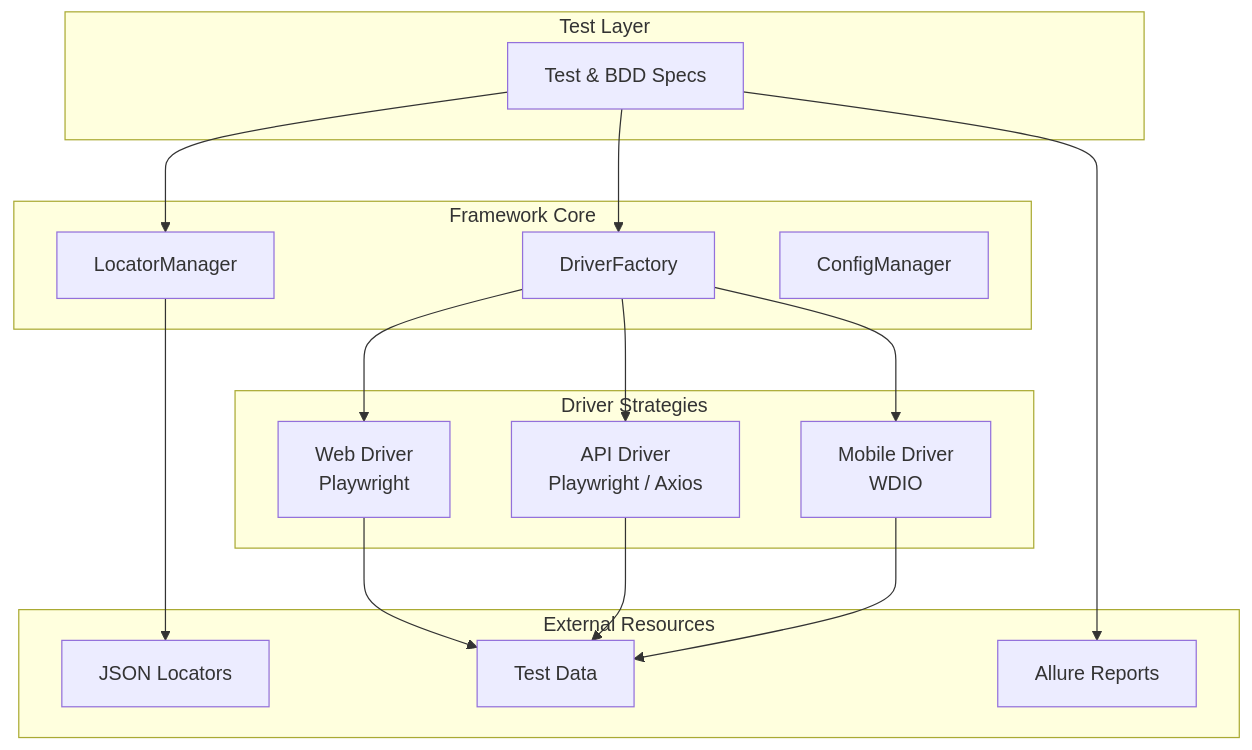
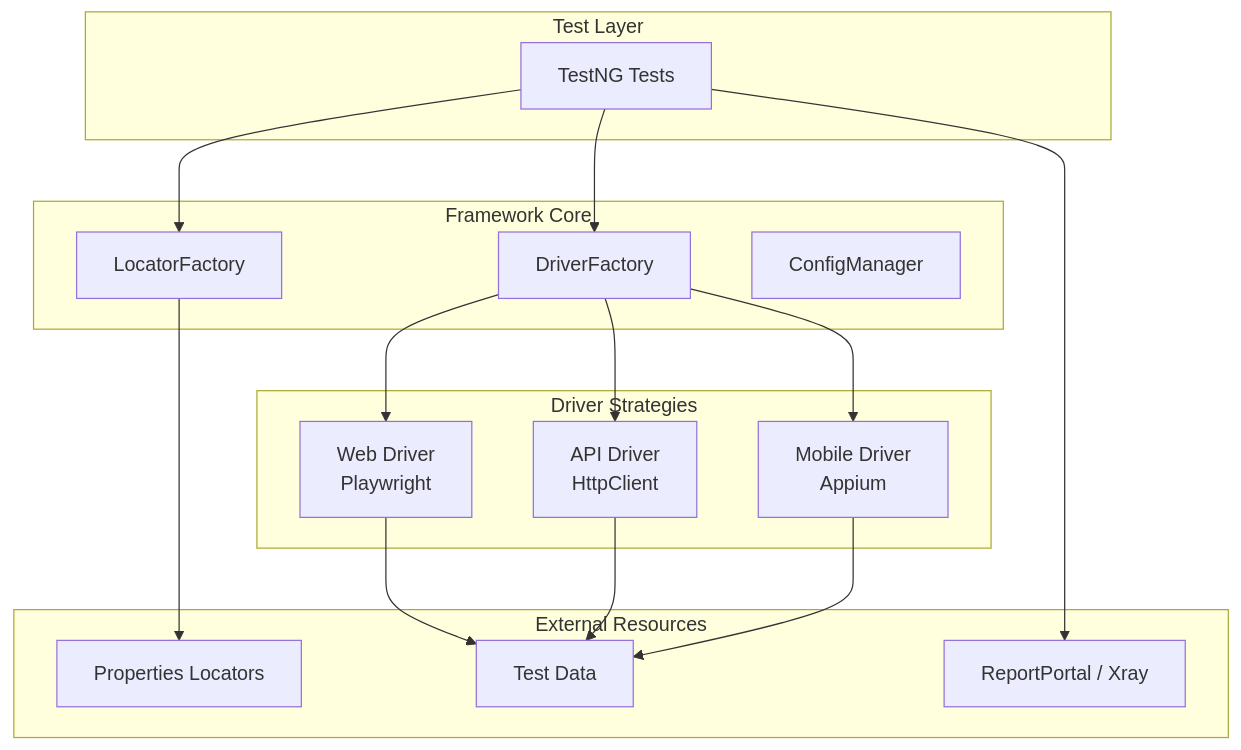
Before and after one commit to vinipx/taflex: the diagram in documentation/docs/index.md, drawn with Mermaid. The commit also changed other lines of this file and 11 other files, not shown here.

Commit message:
docs: sync documentation with Java framework architecture and properties

````diff
--- a/documentation/docs/index.md
+++ b/documentation/docs/index.md
@@ -73,35 +75,35 @@
 ```mermaid
 flowchart TB
     subgraph "Test Layer"
-        T[Test & BDD Specs]
+        T[TestNG Tests]
     end
 
     subgraph "Framework Core"
         F[DriverFactory]
-        L[LocatorManager]
+        L[LocatorFactory]
         C[ConfigManager]
     end
 
     subgraph "Driver Strategies"
         W[Web Driver<br/>Playwright]
-        A[API Driver<br/>Playwright / Axios]
-        M[Mobile Driver<br/>WDIO]
+        A[API Driver<br/>HttpClient]
+        M[Mobile Driver<br/>Appium]
     end
 
     subgraph "External Resources"
-        P[JSON Locators]
+        P[Properties Locators]
         D[Test Data]
-        R[Allure Reports]
+        R[ReportPortal / Xray]
     end
 
     T --> F
     T --> L
     F --> W
     F --> A
     F --> M
     L --> P
     W --> D
     A --> D
     M --> D
     T --> R
 ```
````
